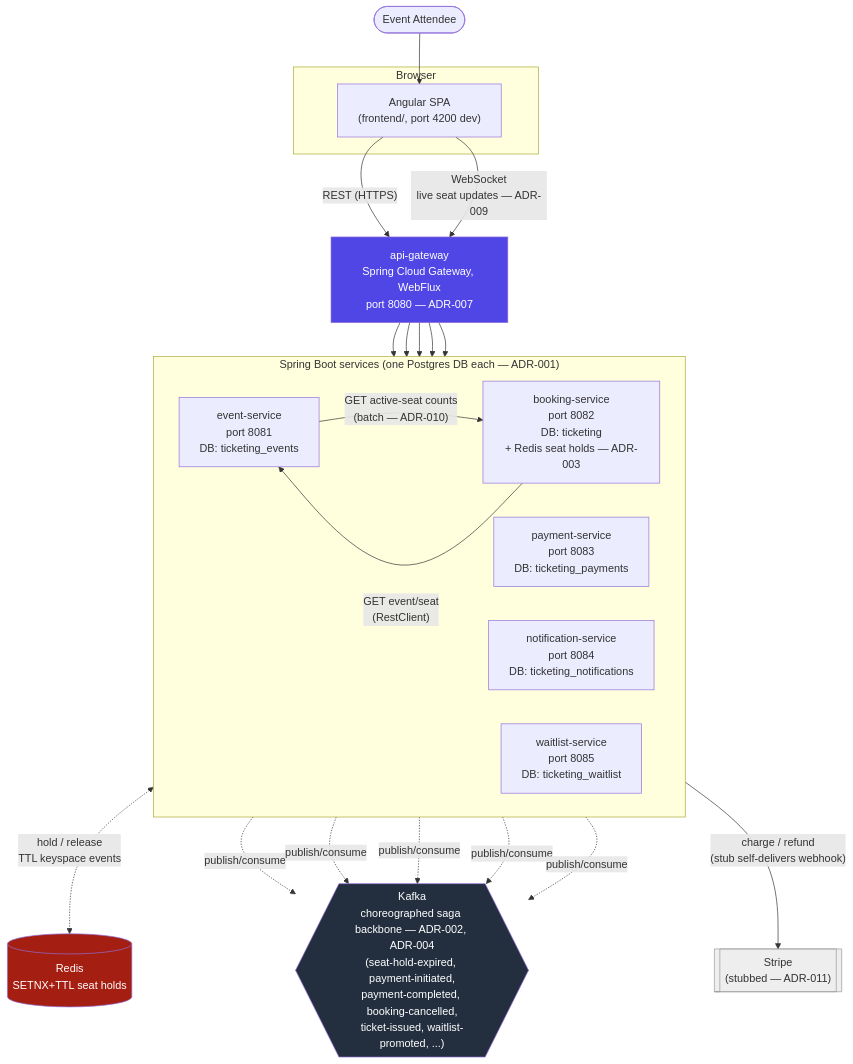
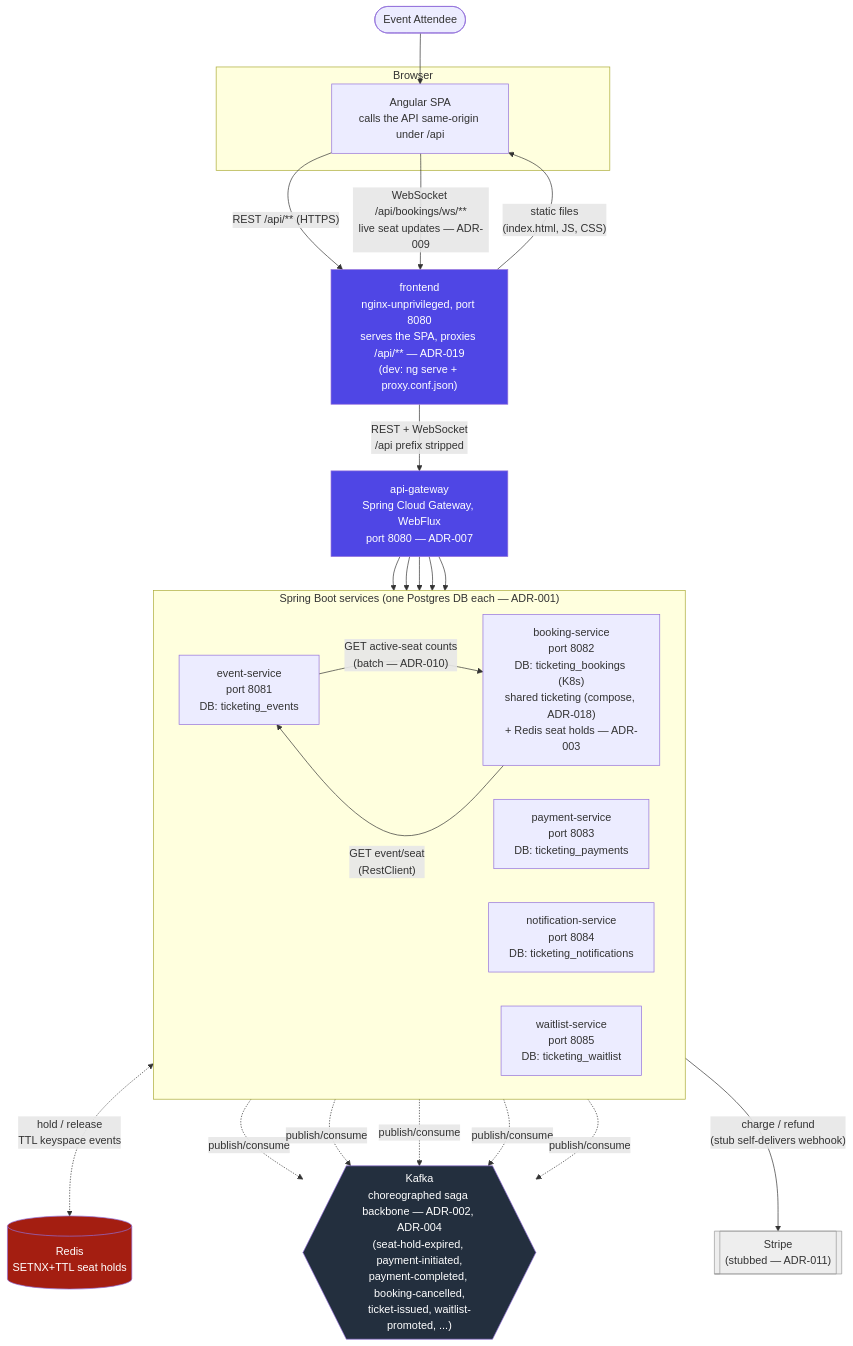
Before and after one commit to comicNerd23/eventTicketingSystem: the second of 2 diagrams in docs/diagrams/c4-diagram.md, drawn with Mermaid. The commit also changed 20 other files, not shown here.

First line of the commit message:
feat(frontend): containerize with nginx and a same-origin /api proxy

````diff
--- a/docs/diagrams/c4-diagram.md
+++ b/docs/diagrams/c4-diagram.md
@@ -34,53 +34,58 @@
 ```mermaid
 flowchart TB
     attendee(["Event Attendee"])
 
     subgraph browser["Browser"]
-        spa["Angular SPA<br/>(frontend/, port 4200 dev)"]
+        spa["Angular SPA<br/>calls the API same-origin under /api"]
     end
+
+    web["frontend<br/>nginx-unprivileged, port 8080<br/>serves the SPA, proxies /api/** — ADR-019<br/>(dev: ng serve + proxy.conf.json)"]
 
     gateway["api-gateway<br/>Spring Cloud Gateway, WebFlux<br/>port 8080 — ADR-007"]
 
     subgraph services["Spring Boot services (one Postgres DB each — ADR-001)"]
         direction LR
         event["event-service<br/>port 8081<br/>DB: ticketing_events"]
-        booking["booking-service<br/>port 8082<br/>DB: ticketing<br/>+ Redis seat holds — ADR-003"]
+        booking["booking-service<br/>port 8082<br/>DB: ticketing_bookings (K8s)<br/>shared ticketing (compose, ADR-018)<br/>+ Redis seat holds — ADR-003"]
         payment["payment-service<br/>port 8083<br/>DB: ticketing_payments"]
         notification["notification-service<br/>port 8084<br/>DB: ticketing_notifications"]
         waitlist["waitlist-service<br/>port 8085<br/>DB: ticketing_waitlist"]
     end
 
     kafka{{"Kafka<br/>choreographed saga backbone — ADR-002, ADR-004<br/>(seat-hold-expired, payment-initiated,<br/>payment-completed, booking-cancelled,<br/>ticket-issued, waitlist-promoted, ...)"}}
 
     redis[("Redis<br/>SETNX+TTL seat holds")]
 
     stripe[["Stripe<br/>(stubbed — ADR-011)"]]
 
     attendee --> spa
-    spa -- "REST (HTTPS)" --> gateway
-    spa -- "WebSocket<br/>live seat updates — ADR-009" --> gateway
+    web -- "static files<br/>(index.html, JS, CSS)" --> spa
+    spa -- "REST /api/** (HTTPS)" --> web
+    spa -- "WebSocket /api/bookings/ws/**<br/>live seat updates — ADR-009" --> web
+    web -- "REST + WebSocket<br/>/api prefix stripped" --> gateway
 
     gateway --> event
     gateway --> booking
     gateway --> payment
     gateway --> notification
     gateway --> waitlist
 
     booking -- "GET event/seat<br/>(RestClient)" --> event
     event -- "GET active-seat counts<br/>(batch — ADR-010)" --> booking
 
     booking <-. "hold / release<br/>TTL keyspace events" .-> redis
 
     event -. publish/consume .-> kafka
     booking -. publish/consume .-> kafka
     payment -. publish/consume .-> kafka
     notification -. publish/consume .-> kafka
     waitlist -. publish/consume .-> kafka
 
     payment -- "charge / refund<br/>(stub self-delivers webhook)" --> stripe
 
     style gateway fill:#4f46e5,color:#fff
+    style web fill:#4f46e5,color:#fff
     style kafka fill:#232f3e,color:#fff
     style redis fill:#a41e11,color:#fff
     style stripe fill:#eee,stroke:#999,color:#333
 ```
````
